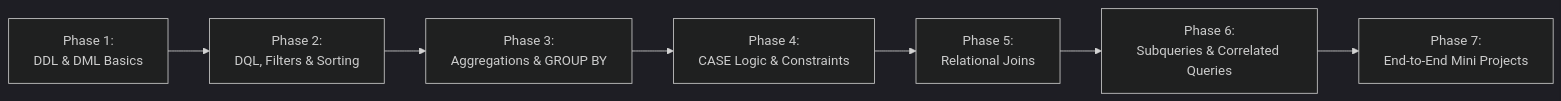
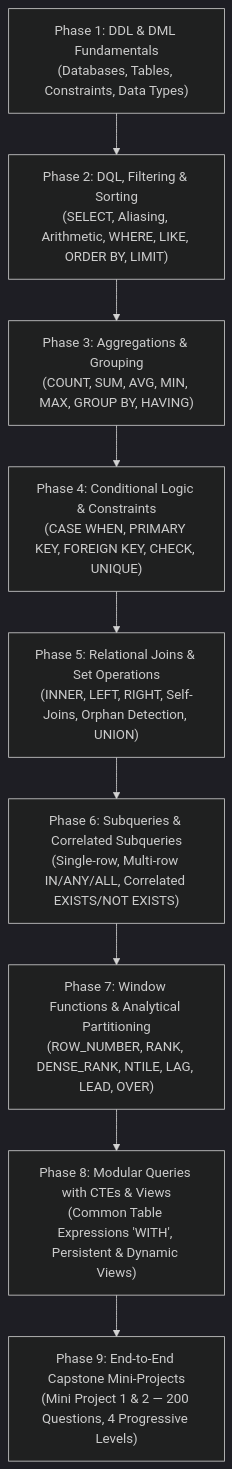
One commit to wasim-akthar/data-engineering-bootcamp changed the diagram in README.md. Above: the diagram before and after it, drawn with Mermaid (dark theme). The commit also changed other lines of this file, not shown here.

Commit message:
Update README.md to enhance repository overview and project details; refine coursework descriptions and add new project highlights

````diff
--- a/README.md
+++ b/README.md
@@ -79,9 +93,11 @@
 ```mermaid
-flowchart LR
-    A["Phase 1:<br/>DDL & DML Basics"] --> B["Phase 2:<br/>DQL, Filters & Sorting"]
-    B --> C["Phase 3:<br/>Aggregations & GROUP BY"]
-    C --> D["Phase 4:<br/>CASE Logic & Constraints"]
-    D --> E["Phase 5:<br/>Relational Joins"]
-    E --> F["Phase 6:<br/>Subqueries & Correlated Queries"]
-    F --> G["Phase 7:<br/>End-to-End Mini Projects"]
+flowchart TD
+    A["Phase 1: DDL & DML Fundamentals<br/>(Databases, Tables, Constraints, Data Types)"] --> B["Phase 2: DQL, Filtering & Sorting<br/>(SELECT, Aliasing, Arithmetic, WHERE, LIKE, ORDER BY, LIMIT)"]
+    B --> C["Phase 3: Aggregations & Grouping<br/>(COUNT, SUM, AVG, MIN, MAX, GROUP BY, HAVING)"]
+    C --> D["Phase 4: Conditional Logic & Constraints<br/>(CASE WHEN, PRIMARY KEY, FOREIGN KEY, CHECK, UNIQUE)"]
+    D --> E["Phase 5: Relational Joins & Set Operations<br/>(INNER, LEFT, RIGHT, Self-Joins, Orphan Detection, UNION)"]
+    E --> F["Phase 6: Subqueries & Correlated Subqueries<br/>(Single-row, Multi-row IN/ANY/ALL, Correlated EXISTS/NOT EXISTS)"]
+    F --> G["Phase 7: Window Functions & Analytical Partitioning<br/>(ROW_NUMBER, RANK, DENSE_RANK, NTILE, LAG, LEAD, OVER)"]
+    G --> H["Phase 8: Modular Queries with CTEs & Views<br/>(Common Table Expressions 'WITH', Persistent & Dynamic Views)"]
+    H --> I["Phase 9: End-to-End Capstone Mini-Projects<br/>(Mini Project 1 & 2 — 200 Questions, 4 Progressive Levels)"]
 ```
````
